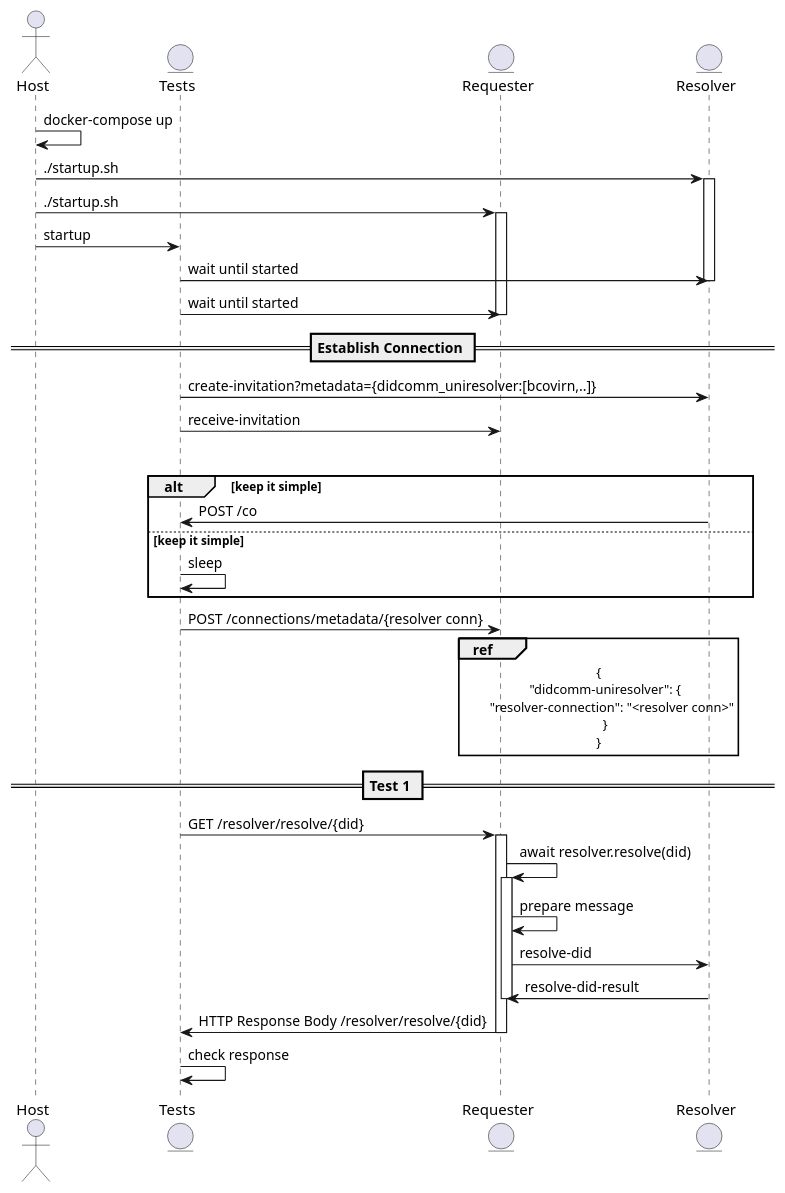
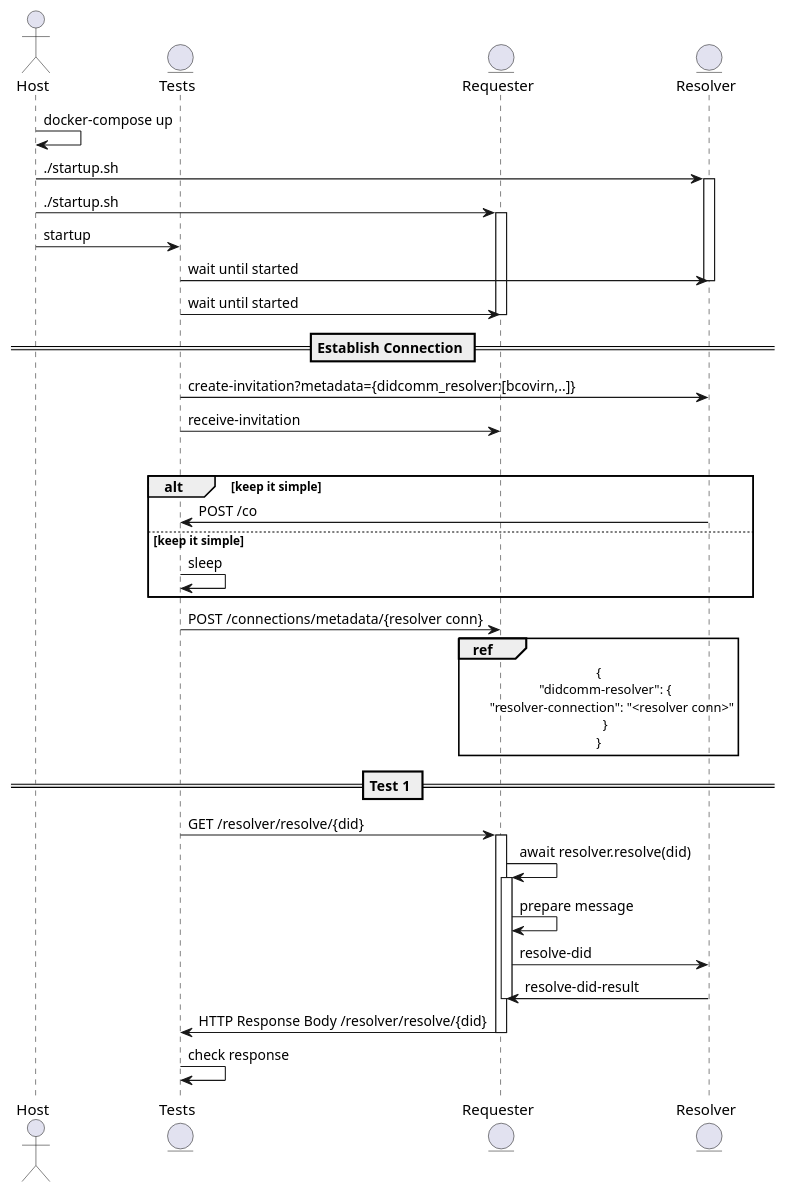
One commit to sicpa-dlab/acapy-resolver-didcomm changed the diagram in int/README.md. Above: the diagram before and after it, drawn with PlantUML. The commit also changed 21 other files, not shown here.

Commit message:
chore: rename plugin to didcomm-resolver

````diff
--- a/int/README.md
+++ b/int/README.md
@@ -80,50 +80,50 @@
 ```plantuml
 actor Host as host
 entity Tests as tester
 entity Requester as requester
 entity Resolver as resolver
 
 host -> host: docker-compose up
 host -> resolver: ./startup.sh
 activate resolver
 host -> requester: ./startup.sh
 activate requester
 host -> tester: startup
 tester -> resolver: wait until started
 deactivate resolver
 tester -> requester: wait until started
 deactivate requester
 
 == Establish Connection ==
 
-tester -> resolver: create-invitation?metadata={didcomm_uniresolver:[bcovirn,..]}
+tester -> resolver: create-invitation?metadata={didcomm_resolver:[bcovirn,..]}
 tester -> requester: receive-invitation
 alt webhooks
 alt keep it simple
     resolver -> tester: POST /co
 else keep it simple
     tester -> tester: sleep
 end
 tester -> requester: POST /connections/metadata/{resolver conn}
 ref over requester
 {
-    "didcomm-uniresolver": {
+    "didcomm-resolver": {
         "resolver-connection": "<resolver conn>"
     }
 }
 end ref
 
 == Test 1 ==
 
 tester -> requester: GET /resolver/resolve/{did}
 activate requester
 requester -> requester: await resolver.resolve(did)
 activate requester
 requester -> requester: prepare message
 requester -> resolver: resolve-did
 resolver -> requester: resolve-did-result
 deactivate requester
 requester -> tester: HTTP Response Body /resolver/resolve/{did}
 deactivate requester
 tester -> tester: check response
 ```
````
